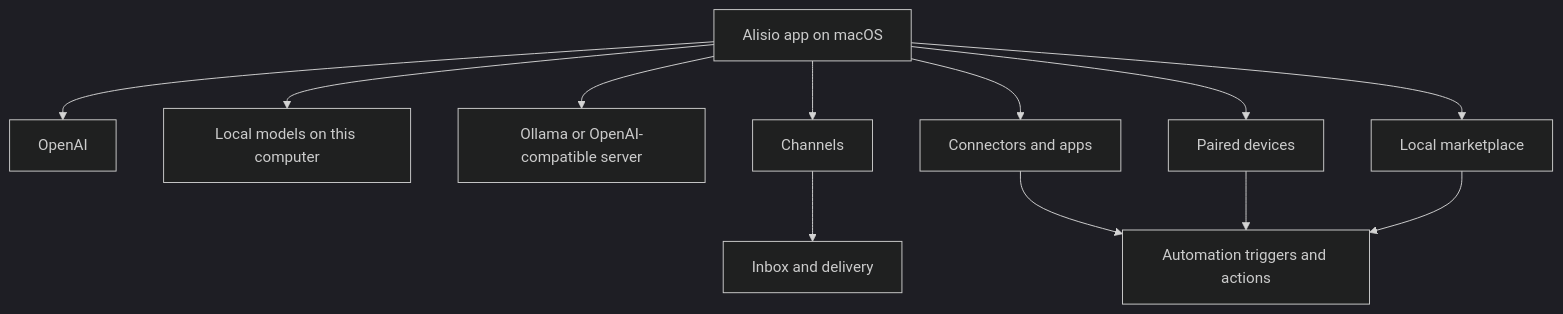
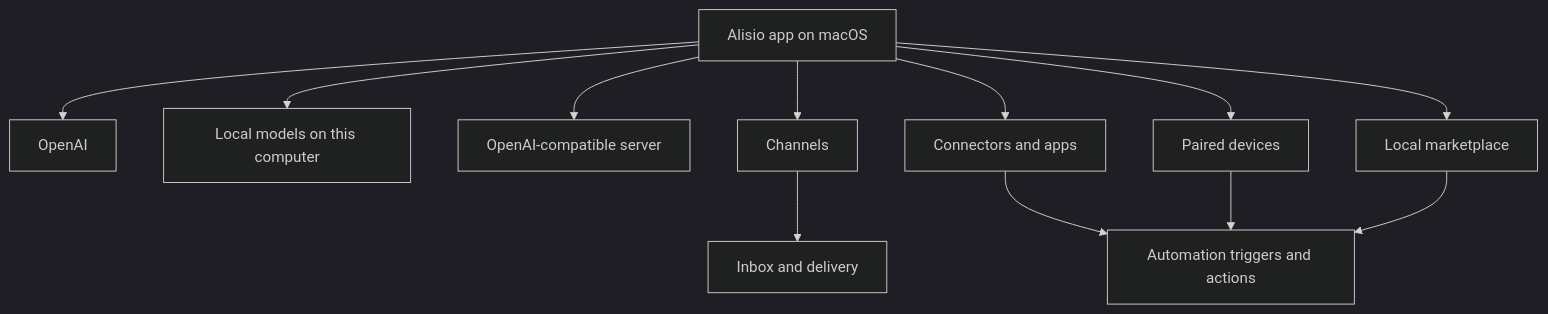
Before and after one commit to nuno7lopes-collab/alisio: the diagram in docs/start/overview.md, drawn with Mermaid (dark theme). The commit also changed 3424 other files, not shown here.

````diff
--- a/docs/start/overview.md
+++ b/docs/start/overview.md
@@ -35,14 +35,14 @@
 ```mermaid
 flowchart TD
   A["Alisio app on macOS"] --> B["OpenAI"]
   A --> C["Local models on this computer"]
-  A --> D["Ollama or OpenAI-compatible server"]
+  A --> D["OpenAI-compatible server"]
   A --> E["Channels"]
   A --> F["Connectors and apps"]
   A --> G["Paired devices"]
   A --> H["Local marketplace"]
   E --> I["Inbox and delivery"]
   F --> J["Automation triggers and actions"]
   G --> J
   H --> J
 ```
````
